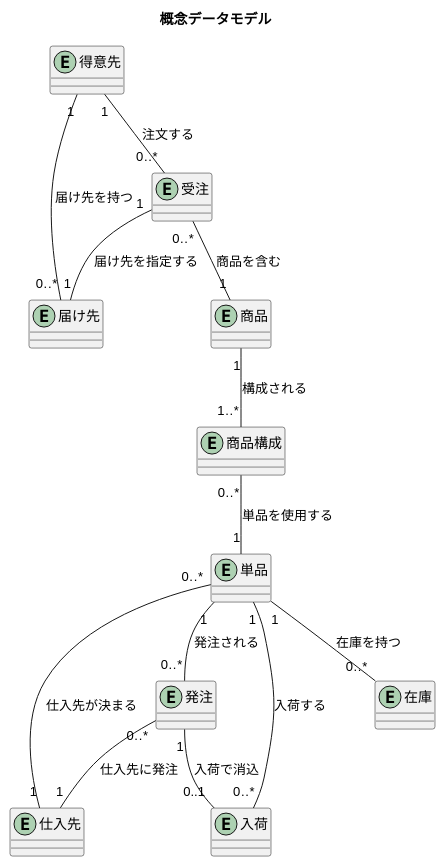
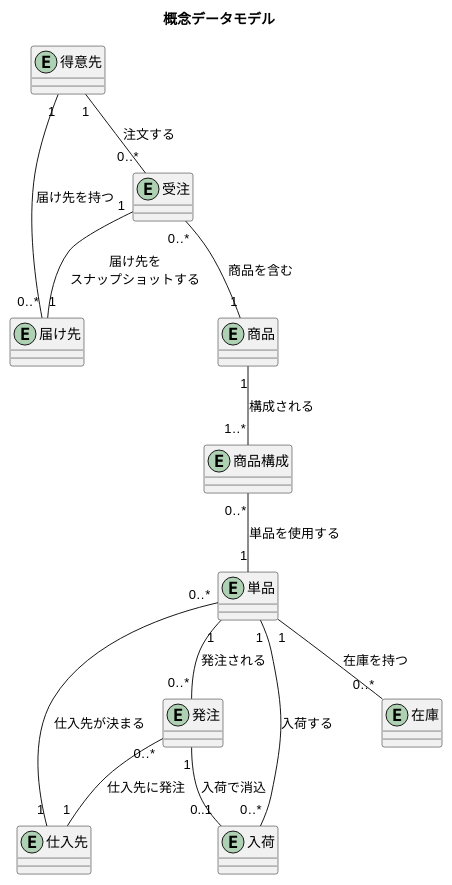
Before and after one commit to k2works/case-study-sdd-development: the first of 2 diagrams in docs/design/data-model.md, drawn with PlantUML. The commit also changed other lines of this file and 3 other files, not shown here.

````diff
--- a/docs/design/data-model.md
+++ b/docs/design/data-model.md
@@ -5,30 +5,30 @@
 ```plantuml
 @startuml
 title 概念データモデル
 
 entity "得意先" as customer
 entity "届け先" as destination
 entity "受注" as order
 entity "商品" as product
 entity "商品構成" as composition
 entity "単品" as item
 entity "仕入先" as supplier
 entity "発注" as purchase_order
 entity "入荷" as arrival
 entity "在庫" as stock
 
 customer "1" -- "0..*" destination : 届け先を持つ
 customer "1" -- "0..*" order : 注文する
-order "1" -- "1" destination : 届け先を指定する
+order "1" -- "1" destination : 届け先を\nスナップショットする
 order "0..*" -- "1" product : 商品を含む
 product "1" -- "1..*" composition : 構成される
 composition "0..*" -- "1" item : 単品を使用する
 item "0..*" -- "1" supplier : 仕入先が決まる
 item "1" -- "0..*" purchase_order : 発注される
 item "1" -- "0..*" arrival : 入荷する
 item "1" -- "0..*" stock : 在庫を持つ
 purchase_order "0..*" -- "1" supplier : 仕入先に発注
 purchase_order "1" -- "0..1" arrival : 入荷で消込
 
 @enduml
 ```
````
